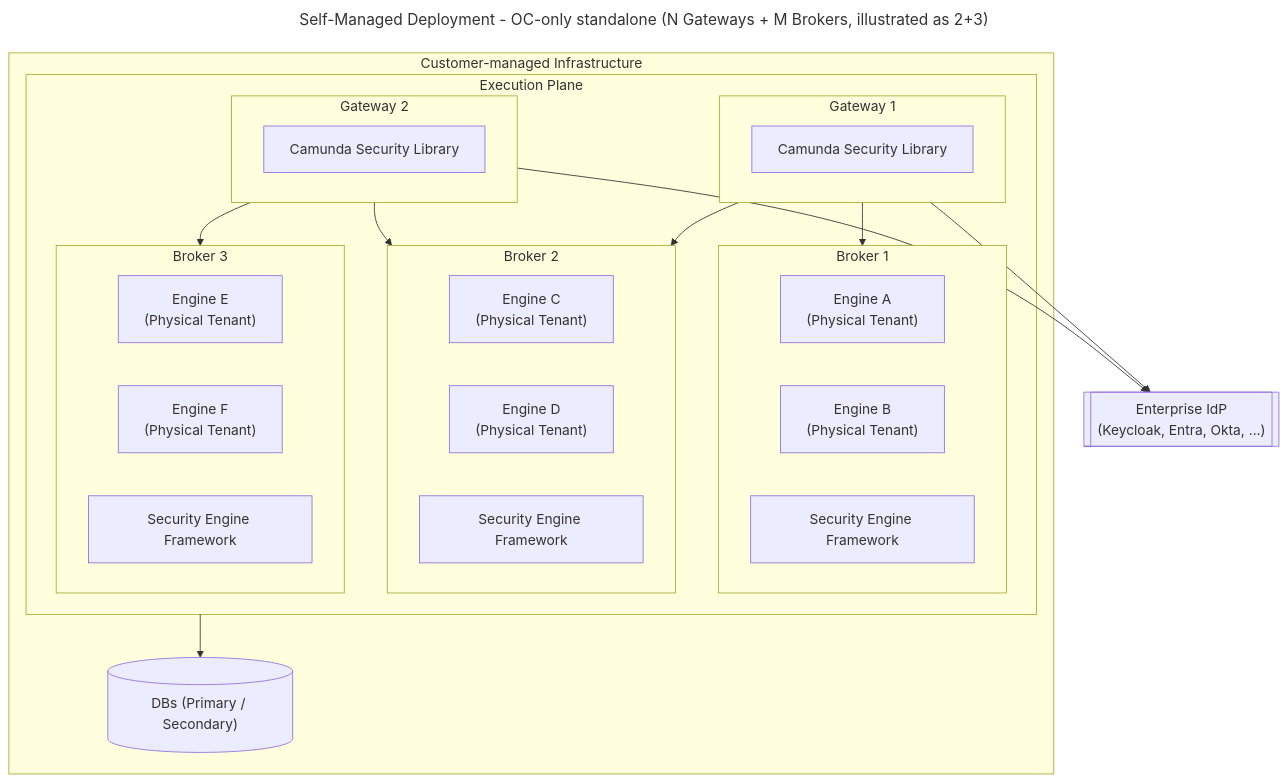
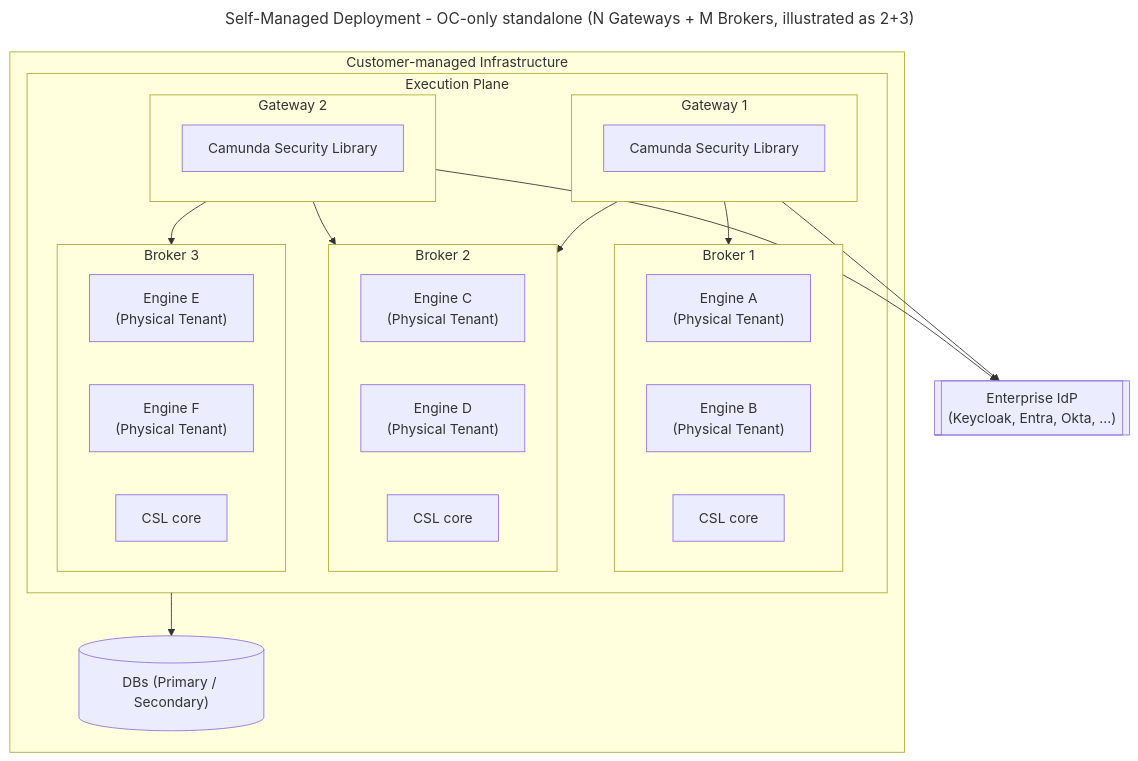
Before and after one commit to camunda/camunda-security-library: the third of 4 diagrams in docs/architecture/07-deployment-view.md, drawn with Mermaid. The commit also changed other lines of this file and 24 other files, not shown here.

First line of the commit message:
docs(architecture): describe post-8.10 rollout state and retire the Security Engine Framework

````diff
--- a/docs/architecture/07-deployment-view.md
+++ b/docs/architecture/07-deployment-view.md
@@ -132,45 +138,45 @@
 ```mermaid
 ---
 title: Self-Managed Deployment - OC-only standalone (N Gateways + M Brokers, illustrated as 2+3)
 ---
 flowchart TB
   subgraph Customer["Customer-managed Infrastructure"]
     subgraph Execution["Execution Plane"]
       subgraph GW1["Gateway 1"]
         GW1CSL["Camunda Security Library"]
       end
       subgraph GW2["Gateway 2"]
         GW2CSL["Camunda Security Library"]
       end
 
       subgraph Broker1["Broker 1"]
         B1E1["Engine A</br>(Physical Tenant)"]
         B1E2["Engine B</br>(Physical Tenant)"]
-        B1SEF["Security Engine Framework"]
+        B1Core["CSL core"]
       end
 
       subgraph Broker2["Broker 2"]
         B2E1["Engine C</br>(Physical Tenant)"]
         B2E2["Engine D</br>(Physical Tenant)"]
-        B2SEF["Security Engine Framework"]
+        B2Core["CSL core"]
       end
 
       subgraph Broker3["Broker 3"]
         B3E1["Engine E</br>(Physical Tenant)"]
         B3E2["Engine F</br>(Physical Tenant)"]
-        B3SEF["Security Engine Framework"]
+        B3Core["CSL core"]
       end
 
       GW1 --> Broker1
       GW1 --> Broker2
       GW2 --> Broker2
       GW2 --> Broker3
     end
 
     DBs[("DBs (Primary / Secondary)")]
   end
 
   EnterpriseIdP[["Enterprise IdP</br>(Keycloak, Entra, Okta, ...)"]]
   Execution --> DBs
   GW1 & GW2 --> EnterpriseIdP
 ```
````
